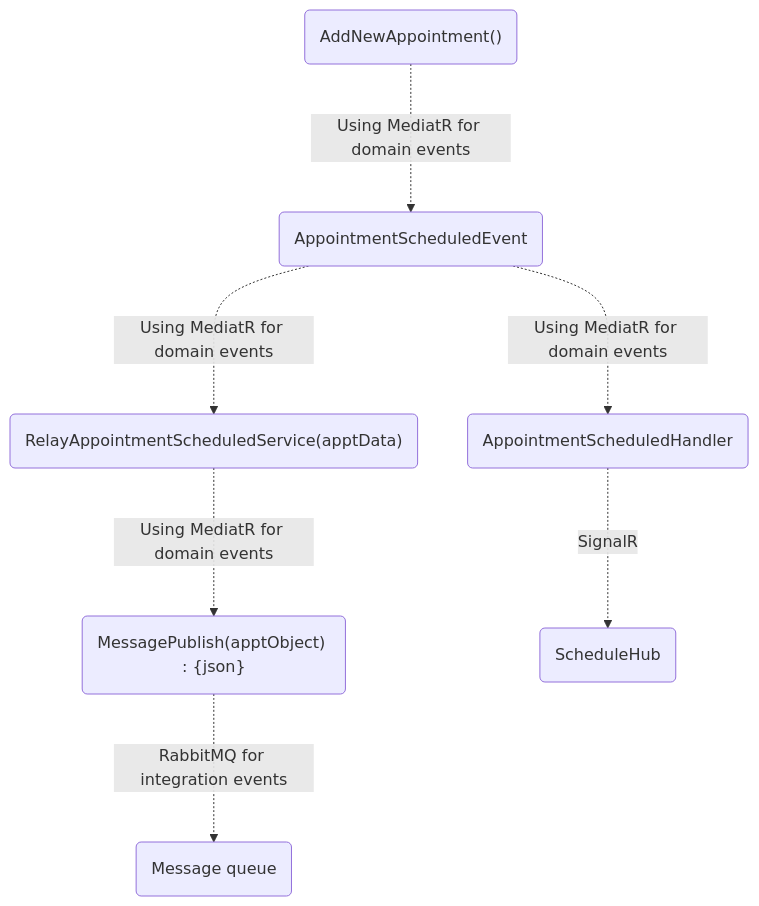
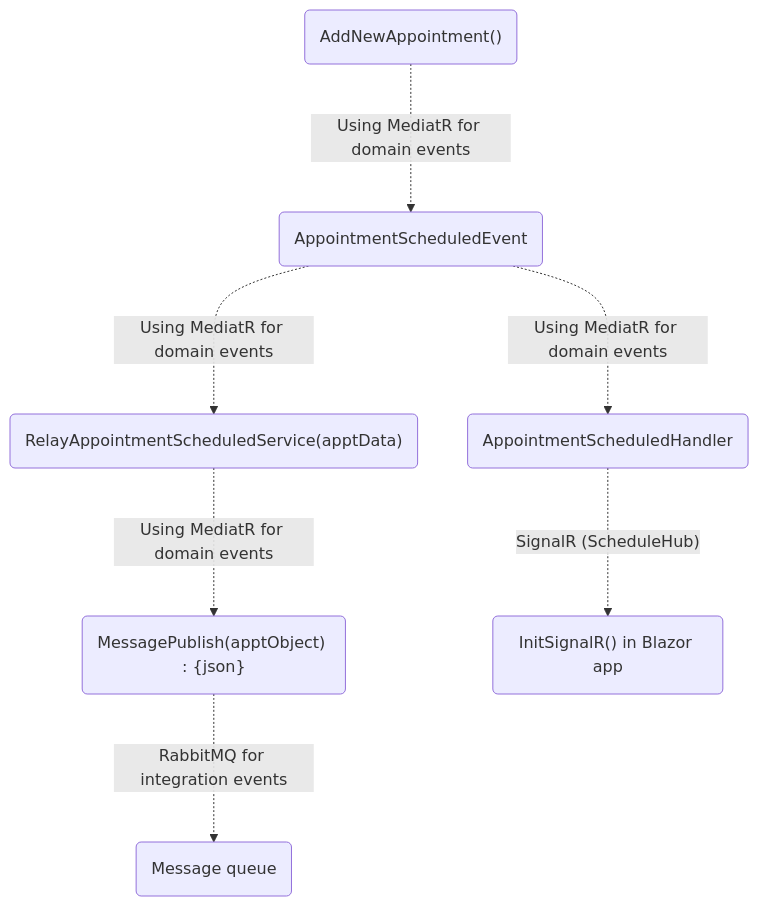
Before and after one commit to pirocorp/Object-Oriented-Design: the diagram in 13. DDD/Message Queues.md, drawn with Mermaid.

Commit message:
Update Message Queues.md

````diff
--- a/13. DDD/Message Queues.md
+++ b/13. DDD/Message Queues.md
@@ -23,6 +23,6 @@
 ```mermaid
 flowchart TB
 id1("AddNewAppointment()") -. "Using MediatR for domain events" -..-> id2("AppointmentScheduledEvent") -. "Using MediatR for domain events" -..-> id3("RelayAppointmentScheduledService(apptData)") -. "Using MediatR for domain events" -..-> id4("MessagePublish(apptObject) : {json}") -. "RabbitMQ for integration events" -..-> id6("Message queue")
 
-id2("AppointmentScheduledEvent") -. "Using MediatR for domain events" -..-> id7("AppointmentScheduledHandler") -. "SignalR" -..-> id8("ScheduleHub")
+id2("AppointmentScheduledEvent") -. "Using MediatR for domain events" -..-> id7("AppointmentScheduledHandler") -. "SignalR (ScheduleHub)" -..-> id9("InitSignalR() in Blazor app")
 ```
````
